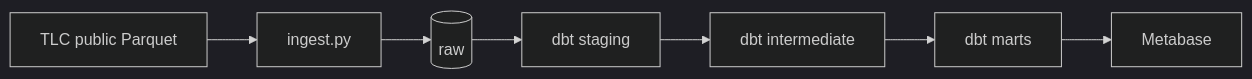
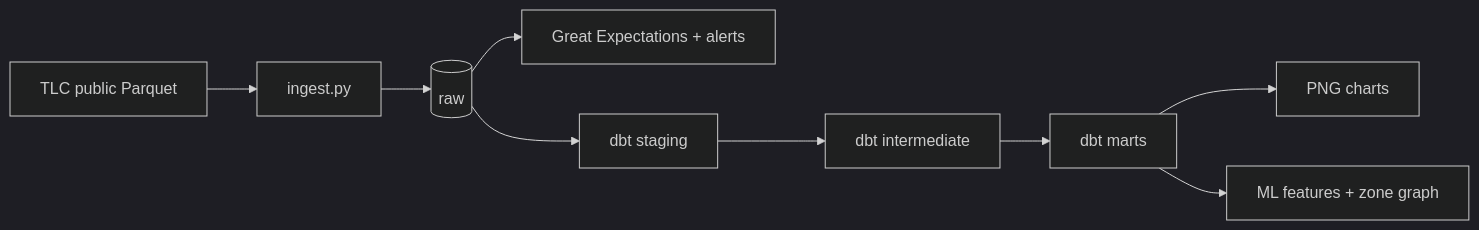
The diagram in README.md (mrafalsk1/tlc-elt), drawn with Mermaid (dark theme) before and after one commit. The commit also changed other lines of this file, not shown here.

Commit message:
docs: README alinhado a qualidade, operacao, dagster e features

````diff
--- a/README.md
+++ b/README.md
@@ -34,9 +43,11 @@
 ```mermaid
 flowchart LR
     A[TLC public Parquet] --> B[ingest.py]
     B --> C[(raw)]
+    C --> Q[Great Expectations + alerts]
     C --> D[dbt staging]
     D --> E[dbt intermediate]
     E --> F[dbt marts]
-    F --> G[Metabase]
+    F --> G[PNG charts]
+    F --> H[ML features + zone graph]
 ```
````
